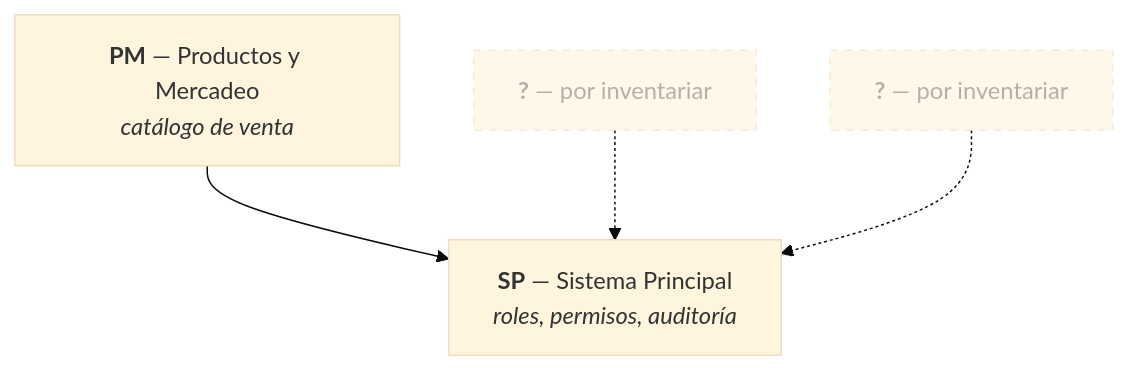
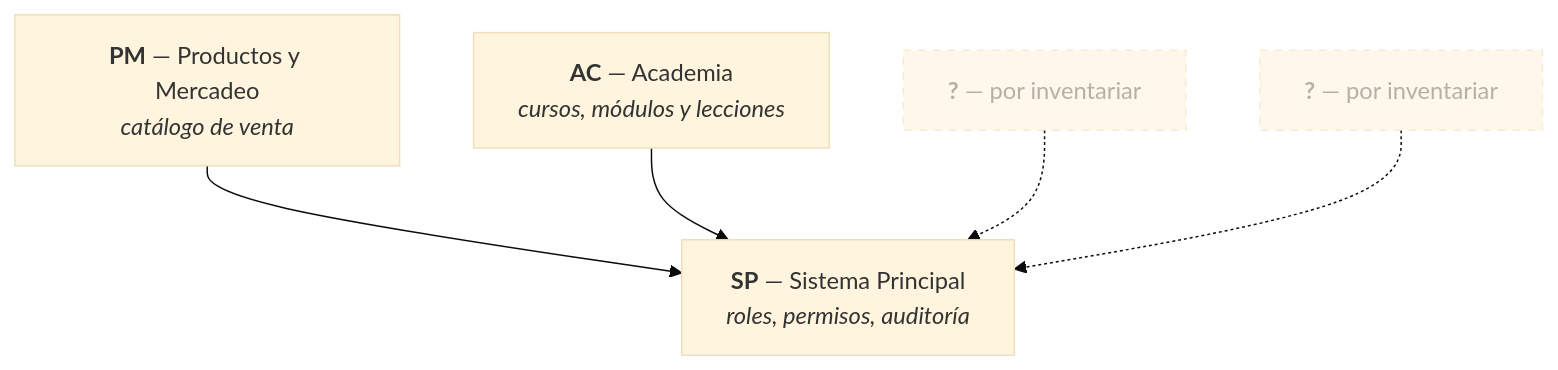
The diagram in docs/modules.md (NexusPro-Dev/backend), drawn with Mermaid (base theme) before and after one commit. The commit also changed other lines of this file and 3 other files, not shown here.

````diff
--- a/docs/modules.md
+++ b/docs/modules.md
@@ -73,14 +73,16 @@
 ```mermaid
 graph TD
     SP["<b>SP</b> — Sistema Principal<br/><i>roles, permisos, auditoría</i>"]
     PM["<b>PM</b> — Productos y Mercadeo<br/><i>catálogo de venta</i>"]
+    AC["<b>AC</b> — Academia<br/><i>cursos, módulos y lecciones</i>"]
 
     C1["<b>?</b> — por inventariar"]:::pend
     C2["<b>?</b> — por inventariar"]:::pend
 
     PM --> SP
+    AC --> SP
     C1 -.-> SP
     C2 -.-> SP
 
     classDef pend stroke-dasharray: 5 5,opacity:0.6
 ```
````
